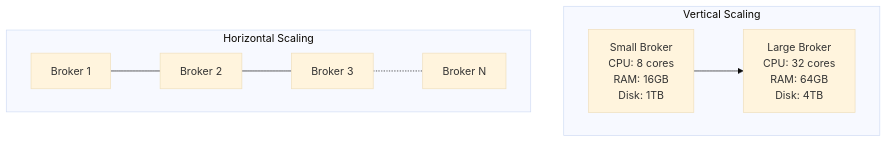
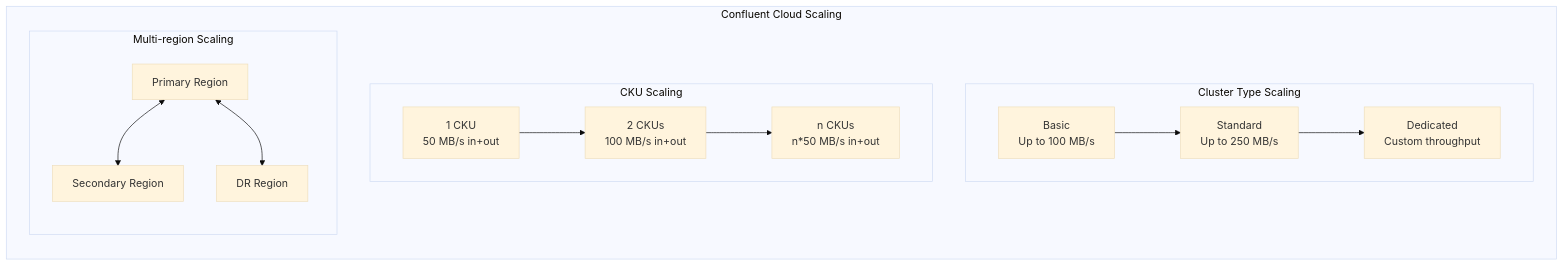
One commit to ryan-norman-cmm/cmm-reference-architecture changed the first of 2 diagrams in docs/architecture/core_components/event-broker/05-operations/scaling.md. Above: the diagram before and after it, drawn with Mermaid (base theme). The commit also changed other lines of this file and 32 other files, not shown here.

````diff
--- a/docs/architecture/core_components/event-broker/05-operations/scaling.md
+++ b/docs/architecture/core_components/event-broker/05-operations/scaling.md
@@ -14,13 +16,28 @@
 ```mermaid
 flowchart TB
-    subgraph "Vertical Scaling"
-        direction LR
-        SmallBroker["Small Broker\nCPU: 8 cores\nRAM: 16GB\nDisk: 1TB"] --> LargeBroker["Large Broker\nCPU: 32 cores\nRAM: 64GB\nDisk: 4TB"]
-    end
-    
-    subgraph "Horizontal Scaling"
-        direction LR
-        Broker1["Broker 1"] --- Broker2["Broker 2"] --- Broker3["Broker 3"]
-        Broker3 -.- BrokerN["Broker N"]
+    subgraph "Confluent Cloud Scaling"
+        direction TB
+        
+        subgraph "Cluster Type Scaling"
+            direction LR
+            Basic["Basic
+Up to 100 MB/s"] --> Standard["Standard
+Up to 250 MB/s"] --> Dedicated["Dedicated
+Custom throughput"]
+        end
+        
+        subgraph "CKU Scaling"
+            direction LR
+            CKU1["1 CKU
+50 MB/s in+out"] --> CKU2["2 CKUs
+100 MB/s in+out"] --> CKUn["n CKUs
+n*50 MB/s in+out"]
+        end
+        
+        subgraph "Multi-region Scaling"
+            direction TB
+            Region1["Primary Region"] <--> Region2["Secondary Region"]
+            Region1 <--> Region3["DR Region"]
+        end
     end
 ```
````
